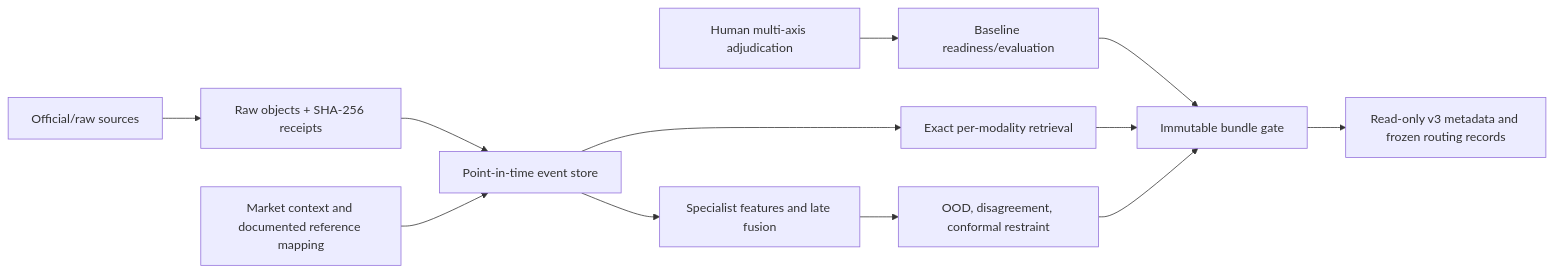
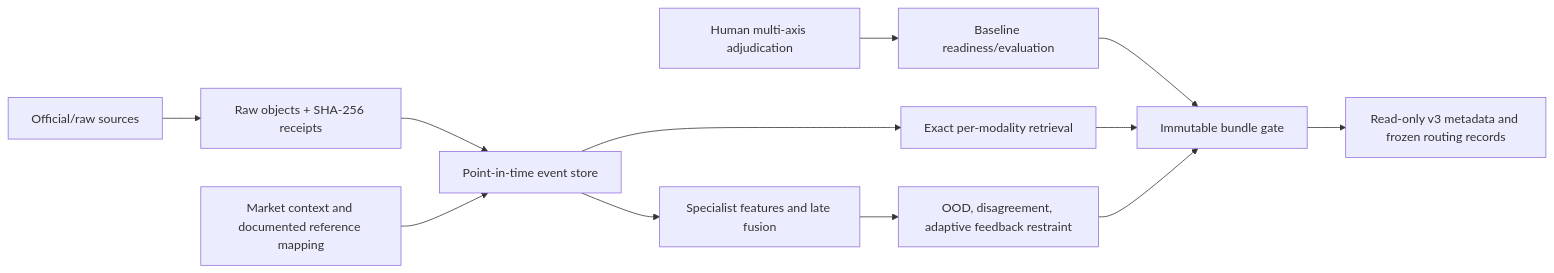
One commit to gizmolotry/marketwatch changed the diagram in docs/phase15-multimodal.md. Above: the diagram before and after it, drawn with Mermaid. The commit also changed other lines of this file and 25 other files, not shown here.

````diff
--- a/docs/phase15-multimodal.md
+++ b/docs/phase15-multimodal.md
@@ -9,14 +9,14 @@
 ```mermaid
 flowchart LR
   S["Official/raw sources"] --> R["Raw objects + SHA-256 receipts"]
   R --> E["Point-in-time event store"]
   C["Market context and documented reference mapping"] --> E
   H["Human multi-axis adjudication"] --> B["Baseline readiness/evaluation"]
   E --> F["Specialist features and late fusion"]
   E --> X["Exact per-modality retrieval"]
-  F --> U["OOD, disagreement, conformal restraint"]
+  F --> U["OOD, disagreement, adaptive feedback restraint"]
   B --> G["Immutable bundle gate"]
   X --> G
   U --> G
   G --> V["Read-only v3 metadata and frozen routing records"]
 ```
````
